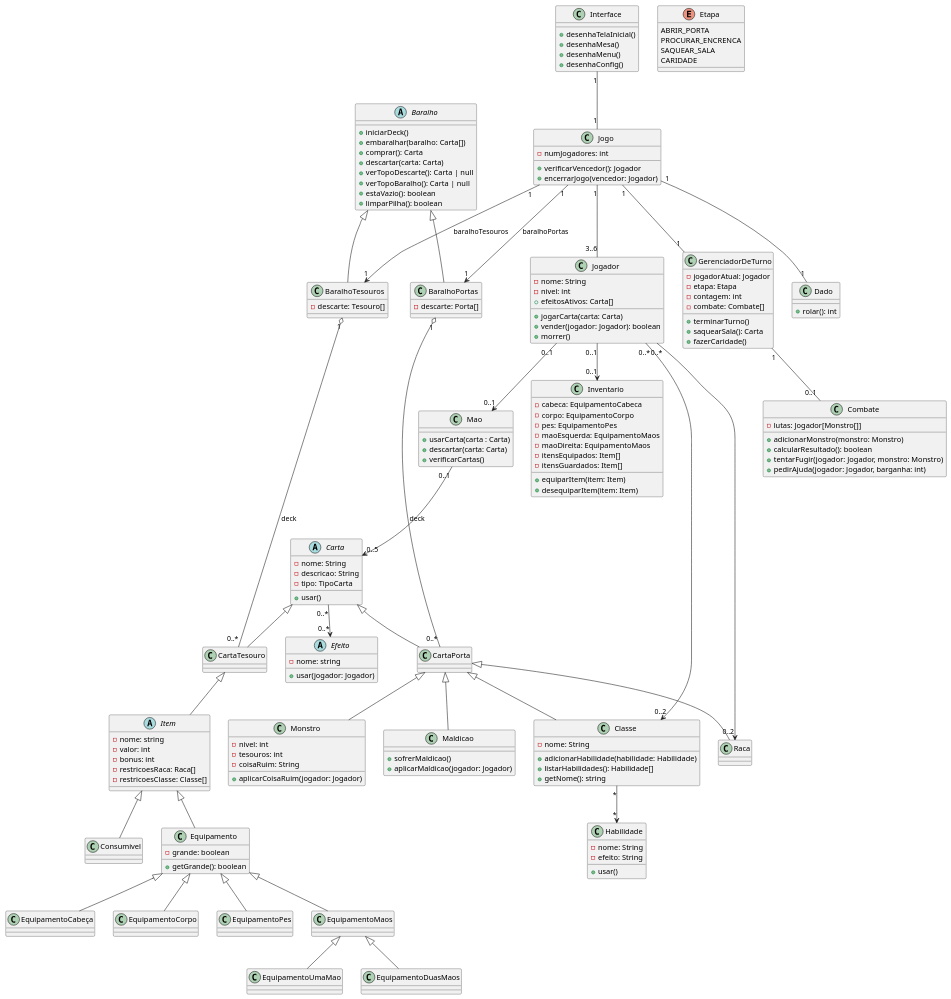
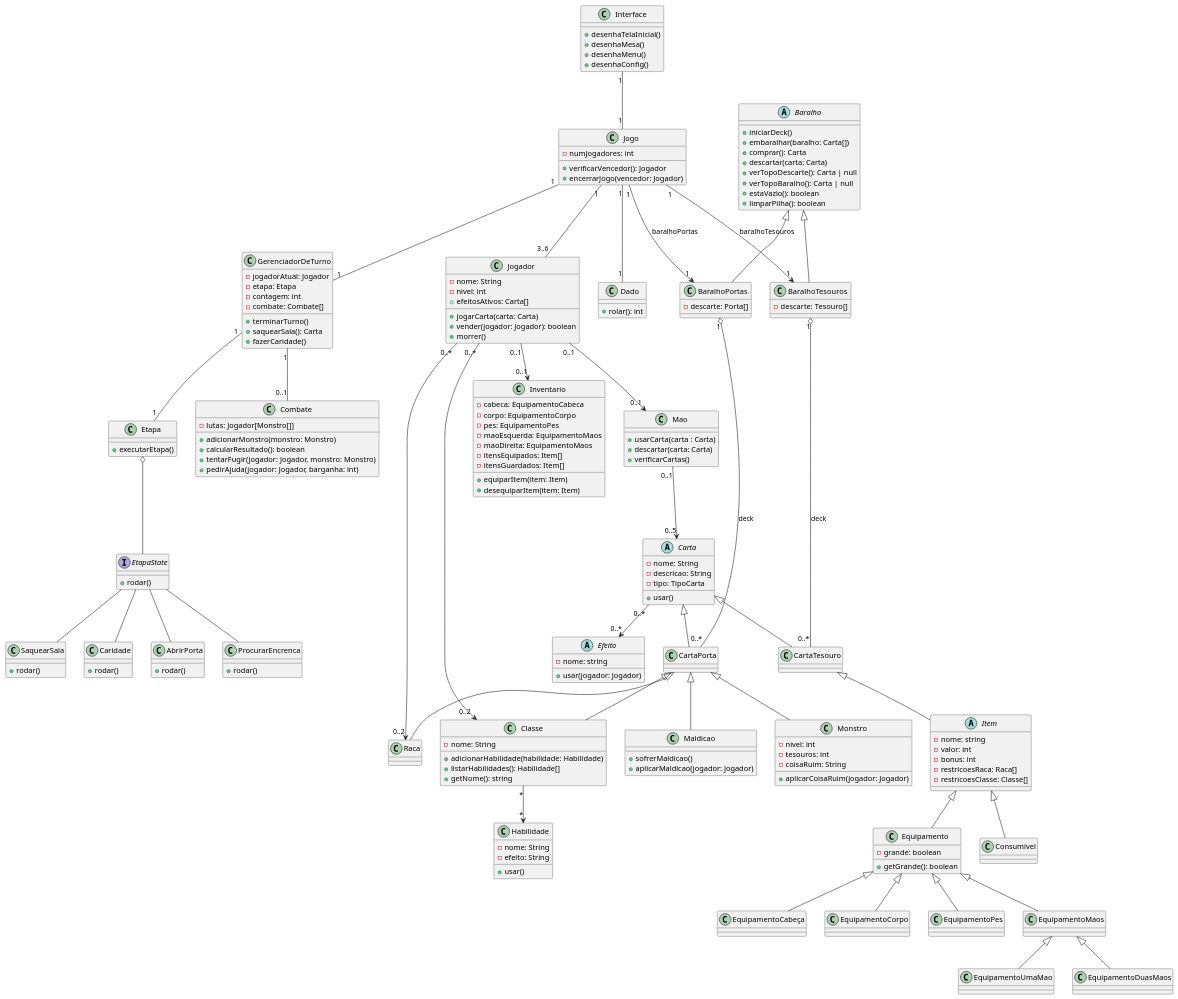
The diagram in src/diagrams/diagrama-de-classes.puml (sricardov/munchkin-ps), drawn with PlantUML before and after one commit. The commit also changed 6 other files, not shown here.

Commit message:
Refactor game stages to use state pattern and update class diagram

```diff
--- a/src/diagrams/diagrama-de-classes.puml
+++ b/src/diagrams/diagrama-de-classes.puml
@@ -66,11 +66,28 @@
   + usar(jogador: Jogador)
 }
 
-enum Etapa {
-  ABRIR_PORTA
-  PROCURAR_ENCRENCA
-  SAQUEAR_SALA
-  CARIDADE
+interface EtapaState {
+  + rodar()
+}
+
+class AbrirPorta {
+  + rodar()
+}
+
+class ProcurarEncrenca {
+  + rodar()
+}
+
+class SaquearSala {
+  + rodar()
+}
+
+class Caridade {
+  + rodar()
+}
+
+class Etapa {
+  + executarEtapa()
 }
 
 abstract class Carta {
@@ -127,7 +144,6 @@
 class EquipamentoDuasMaos extends EquipamentoMaos {
 
 }
-
 
 class Consumivel extends Item {
 
@@ -186,6 +202,7 @@
 Jogador "0..1" --> "0..1" Mao
 Jogador "0..1" --> "0..1" Inventario
 GerenciadorDeTurno "1" -- "0..1" Combate
+GerenciadorDeTurno "1" -- "1" Etapa
 Mao "0..1" --> "0..5" Carta
 Carta "0..*" --> "0..*" Efeito
 Jogador "0..*" --> "0..2" Raca
@@ -193,4 +210,10 @@
 Classe "*" --> "*" Habilidade
 BaralhoPortas "1" o-- "0..*" CartaPorta : deck
 BaralhoTesouros "1" o-- "0..*" CartaTesouro : deck
+Etapa o-- EtapaState
+EtapaState -- AbrirPorta
+EtapaState -- ProcurarEncrenca
+EtapaState -- SaquearSala
+EtapaState -- Caridade
+
 @enduml
```
